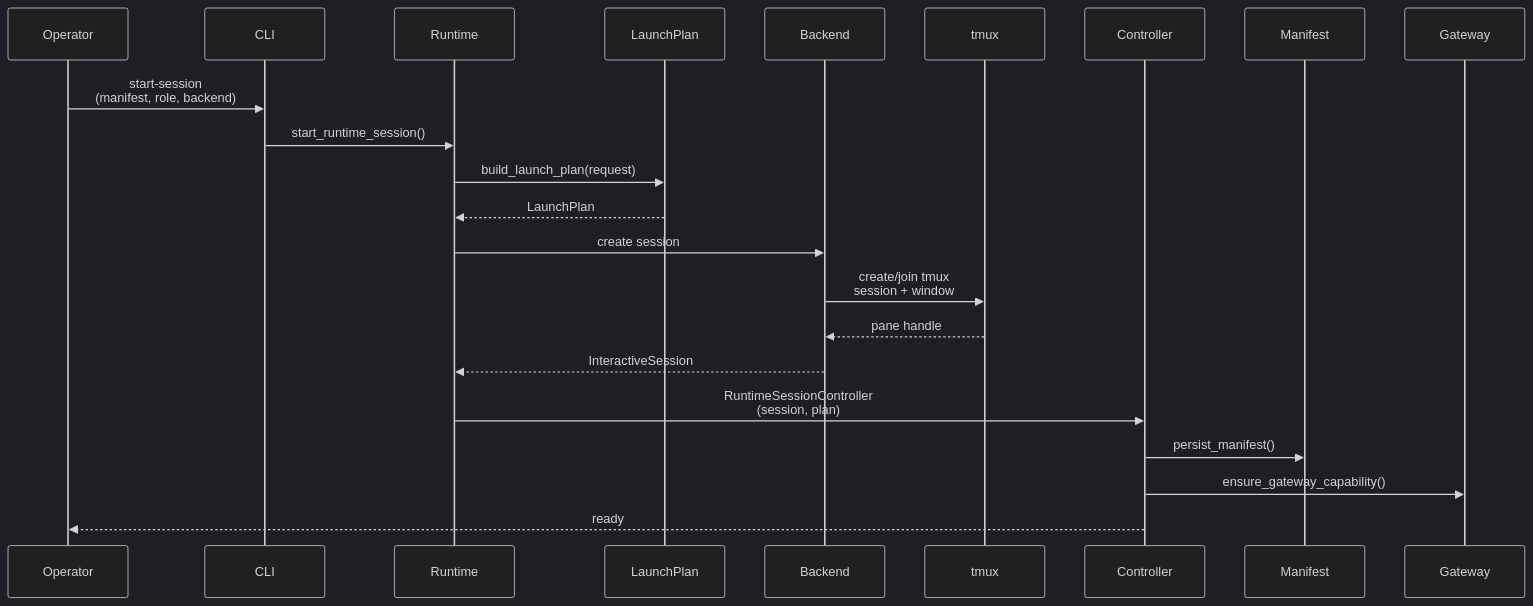
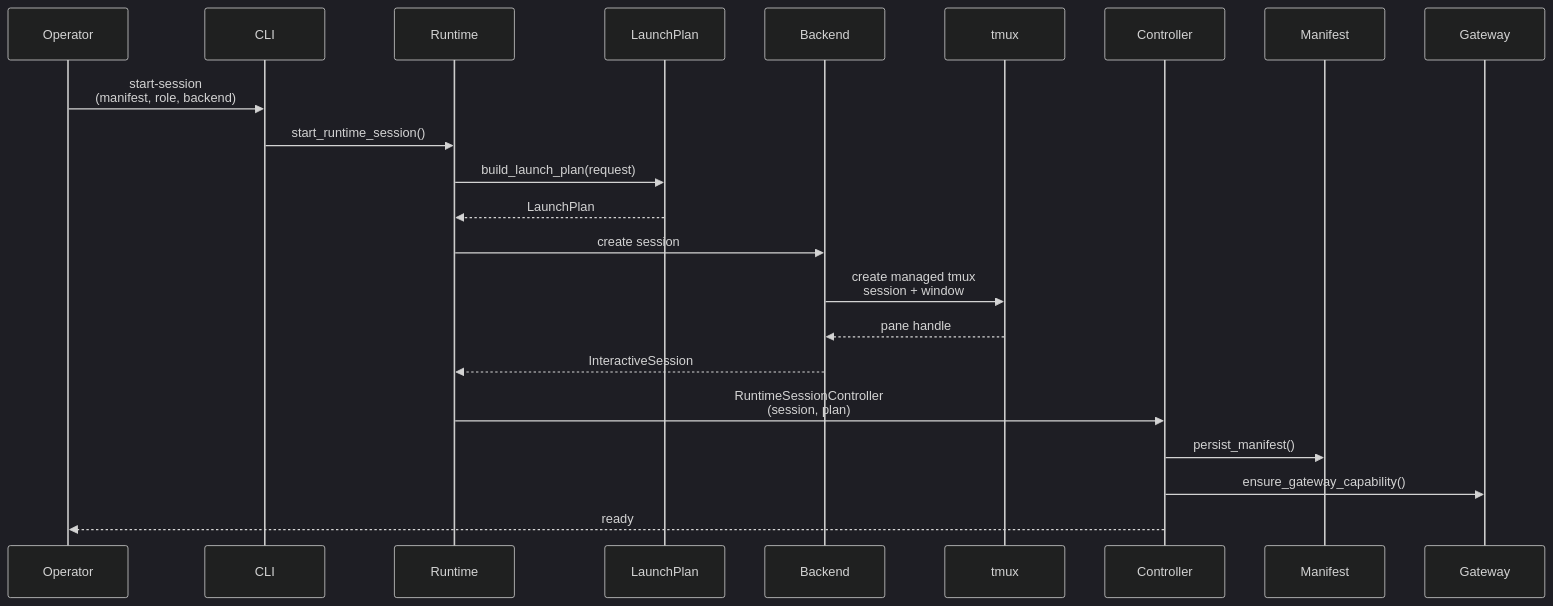
The second of 4 diagrams in docs/reference/run-phase/session-lifecycle.md (igamenovoer/houmao), drawn with Mermaid (dark theme) before and after one commit. The commit also changed other lines of this file and 236 other files, not shown here.

````diff
--- a/docs/reference/run-phase/session-lifecycle.md
+++ b/docs/reference/run-phase/session-lifecycle.md
@@ -266,25 +280,25 @@
 ```mermaid
 sequenceDiagram
     participant Op as Operator
     participant CLI as CLI
     participant RT as Runtime
     participant LP as LaunchPlan
     participant BE as Backend
     participant TM as tmux
     participant CTL as Controller
     participant MF as Manifest
     participant GW as Gateway
 
     Op->>CLI: start-session<br/>(manifest, role, backend)
     CLI->>RT: start_runtime_session()
     RT->>LP: build_launch_plan(request)
     LP-->>RT: LaunchPlan
     RT->>BE: create session
-    BE->>TM: create/join tmux<br/>session + window
+    BE->>TM: create managed tmux<br/>session + window
     TM-->>BE: pane handle
     BE-->>RT: InteractiveSession
     RT->>CTL: RuntimeSessionController<br/>(session, plan)
     CTL->>MF: persist_manifest()
     CTL->>GW: ensure_gateway_capability()
     CTL-->>Op: ready
 ```
````
